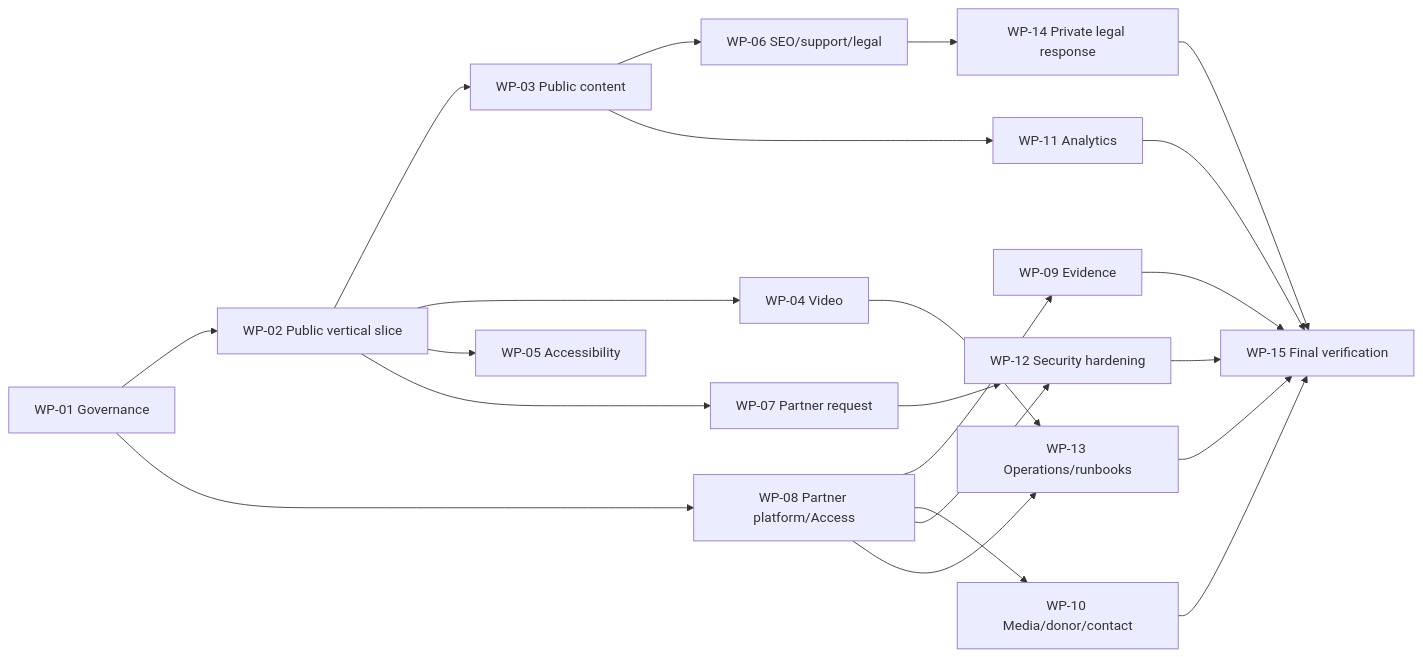
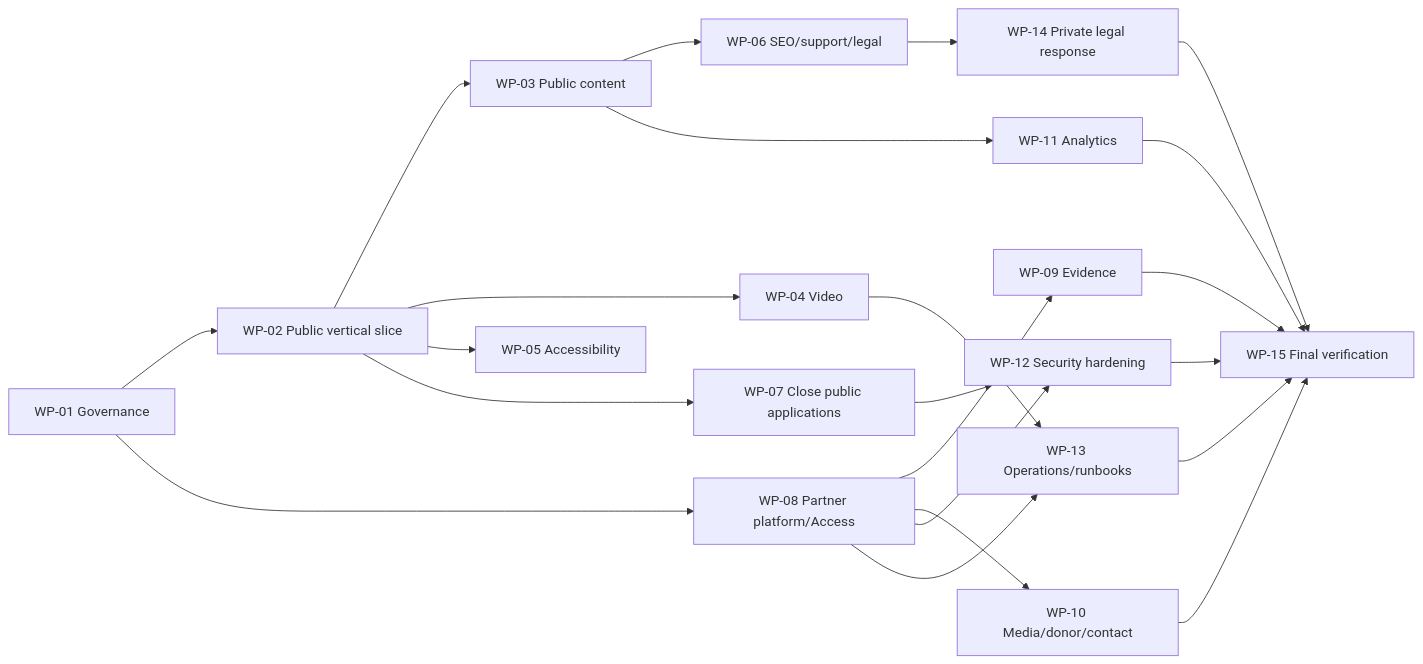
One commit to correliussaga/correlius-site changed the diagram in docs/design/09-implementation-plan.md. Above: the diagram before and after it, drawn with Mermaid. The commit also changed other lines of this file and 47 other files, not shown here.

````diff
--- a/docs/design/09-implementation-plan.md
+++ b/docs/design/09-implementation-plan.md
@@ -11,24 +11,24 @@
 ```mermaid
 flowchart LR
   W1[WP-01 Governance] --> W2[WP-02 Public vertical slice]
   W2 --> W3[WP-03 Public content]
   W2 --> W4[WP-04 Video]
   W2 --> W5[WP-05 Accessibility]
   W3 --> W6[WP-06 SEO/support/legal]
-  W2 --> W7[WP-07 Partner request]
+  W2 --> W7[WP-07 Close public applications]
   W1 --> W8[WP-08 Partner platform/Access]
   W8 --> W9[WP-09 Evidence]
   W8 --> W10[WP-10 Media/donor/contact]
   W3 --> W11[WP-11 Analytics]
   W7 --> W12[WP-12 Security hardening]
   W8 --> W12
   W4 --> W13[WP-13 Operations/runbooks]
   W8 --> W13
   W6 --> W14[WP-14 Private legal response]
   W9 --> W15[WP-15 Final verification]
   W10 --> W15
   W11 --> W15
   W12 --> W15
   W13 --> W15
   W14 --> W15
 ```
````
